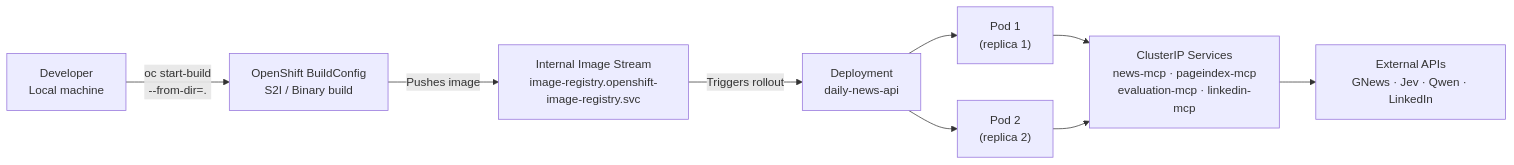
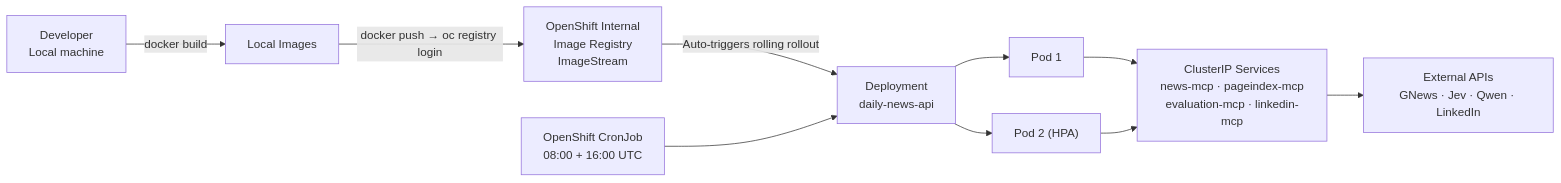
Before and after one commit to k-nishant09/AINewsFeederLinkedin: the third of 5 diagrams in README.md, drawn with Mermaid. The commit also changed other lines of this file and 40 other files, not shown here.

````diff
--- a/README.md
+++ b/README.md
@@ -319,10 +412,11 @@
 ```mermaid
 flowchart LR
-    DEV["Developer\nLocal machine"] -->|"oc start-build\n--from-dir=."| BC["OpenShift BuildConfig\nS2I / Binary build"]
-    BC -->|"Pushes image"| IS["Internal Image Stream\nimage-registry.openshift-image-registry.svc"]
-    IS -->|"Triggers rollout"| DEP["Deployment\ndaily-news-api"]
-    DEP --> POD1["Pod 1\n(replica 1)"]
-    DEP --> POD2["Pod 2\n(replica 2)"]
+    DEV["Developer\nLocal machine"] -->|"docker build"| LOCAL["Local Images"]
+    LOCAL -->|"docker push → oc registry login"| IS["OpenShift Internal\nImage Registry\nImageStream"]
+    IS -->|"Auto-triggers rolling rollout"| DEP["Deployment\ndaily-news-api"]
+    DEP --> POD1["Pod 1"]
+    DEP --> POD2["Pod 2 (HPA)"]
     POD1 & POD2 --> MCP_SVC["ClusterIP Services\nnews-mcp · pageindex-mcp\nevaluation-mcp · linkedin-mcp"]
     MCP_SVC --> EXT_API["External APIs\nGNews · Jev · Qwen · LinkedIn"]
+    CRON["OpenShift CronJob\n08:00 + 16:00 UTC"] --> DEP
 ```
````
